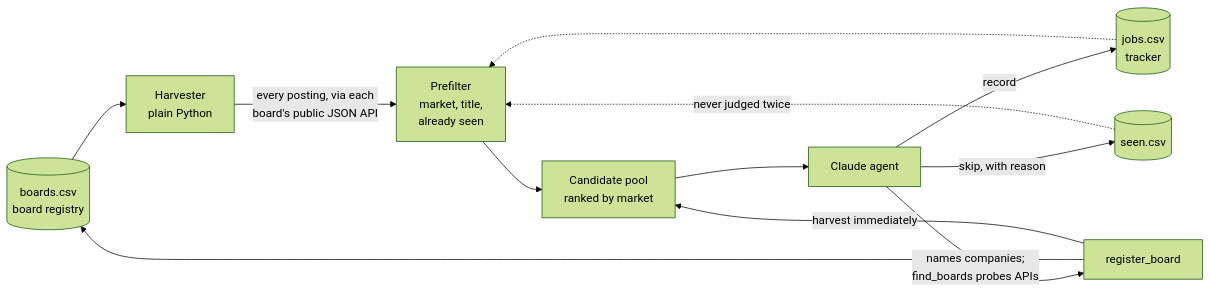
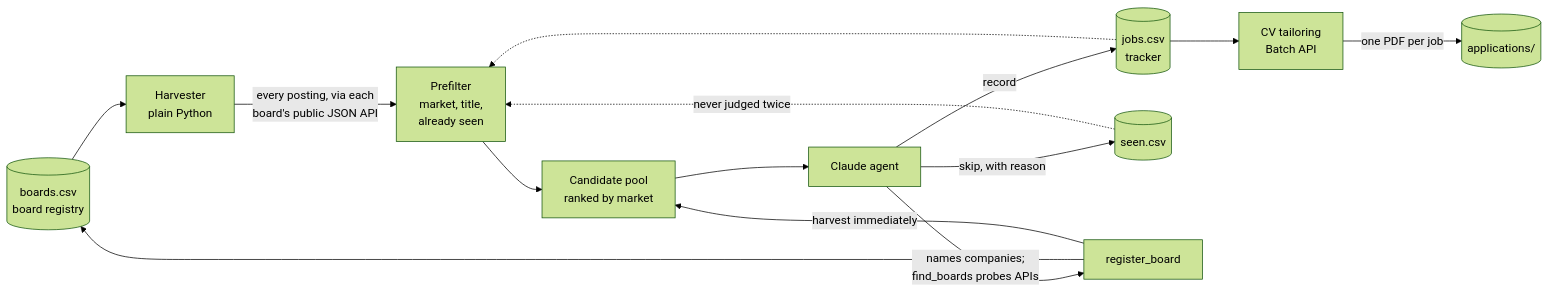
The diagram in README.md (AdityaAji080/AI-Job-Agent), drawn with Mermaid (forest theme) before and after one commit. The commit also changed other lines of this file, not shown here.

First line of the commit message:
Bring the README up to date with CV tailoring

````diff
--- a/README.md
+++ b/README.md
@@ -25,14 +25,16 @@
 ```mermaid
 flowchart LR
     R[(boards.csv<br/>board registry)] --> H[Harvester<br/>plain Python]
     H -->|every posting, via each<br/>board's public JSON API| F[Prefilter<br/>market, title,<br/>already seen]
     F --> P[Candidate pool<br/>ranked by market]
     P --> A[Claude agent]
     A -->|record| J[(jobs.csv<br/>tracker)]
     A -->|skip, with reason| S[(seen.csv)]
     A -->|names companies;<br/>find_boards probes APIs| D[register_board]
     D --> R
     D -->|harvest immediately| P
     S -.->|never judged twice| F
     J -.-> F
+    J --> T[CV tailoring<br/>Batch API]
+    T -->|one PDF per job| C[(applications/)]
 ```
````
